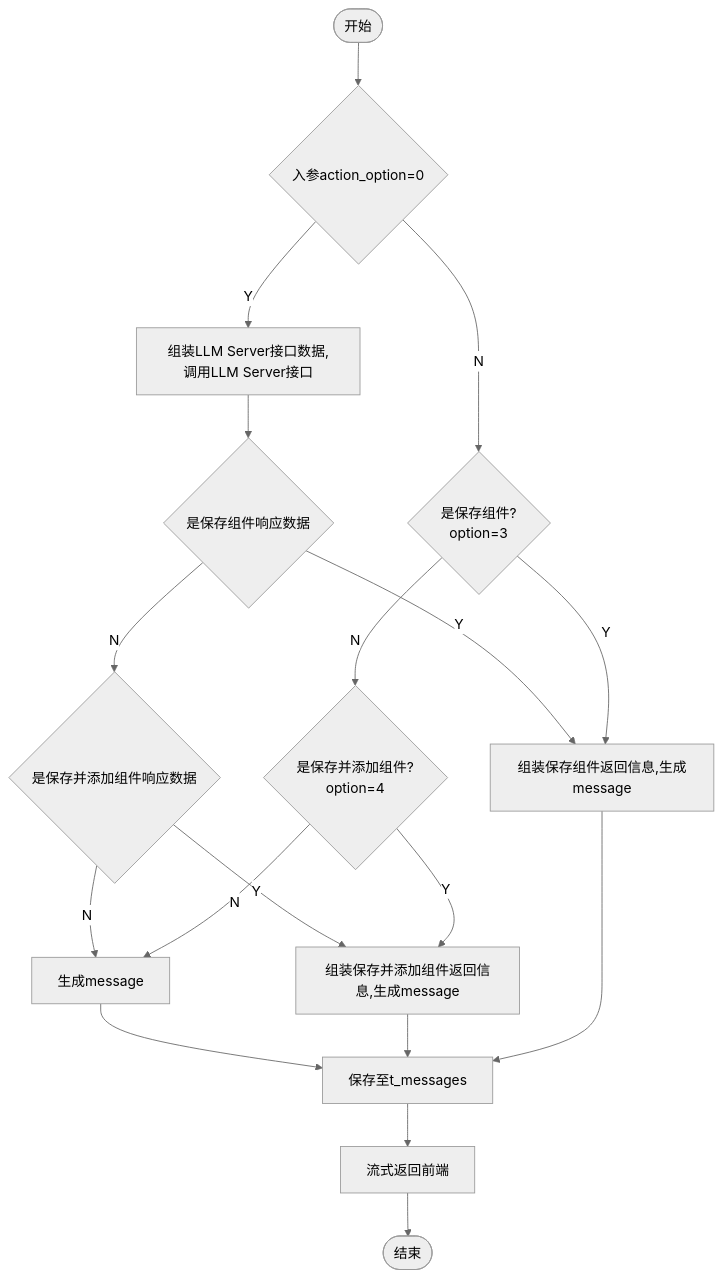
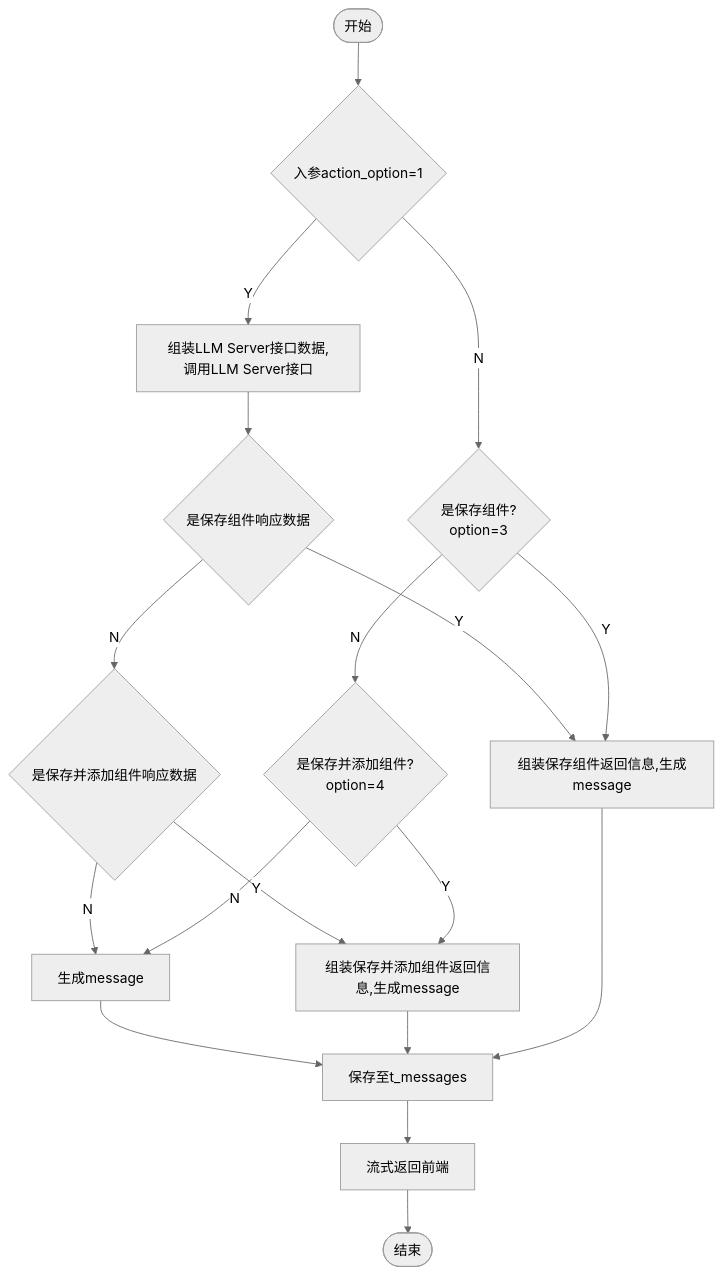
One commit to yingjianzh/iodraw-files changed the diagram in all/添加保存组件.md. Above: the diagram before and after it, drawn with Mermaid (neutral theme).

Commit message:
2024-10-15 15:23:08 update

````diff
--- a/all/添加保存组件.md
+++ b/all/添加保存组件.md
@@ -1,20 +1,20 @@
 ```mermaid
 flowchart TD
-    A([开始]) --> B{入参action_option=0}
+    A([开始]) --> B{入参action_option=1}
     B -- Y --> C[组装LLM Server接口数据,调用LLM Server接口]
     B -- N --> D{是保存组件? \n option=3}
     E -- N --> L{是保存并添加组件响应数据}
     E -- Y --> F[组装保存组件返回信息,生成message]
     C --> E{是保存组件响应数据}
     L -- N --> R[生成message]
     R --> G
     L -- Y --> K
     D -- Y --> F
     D -- N --> J{是保存并添加组件? \n option=4}
     J -- Y --> K[组装保存并添加组件返回信息,生成message]
     K --> G
     J -- N --> R
     F --> G[保存至t_messages]
     G --> H[流式返回前端]
     H --> I([结束])
 ```
````
